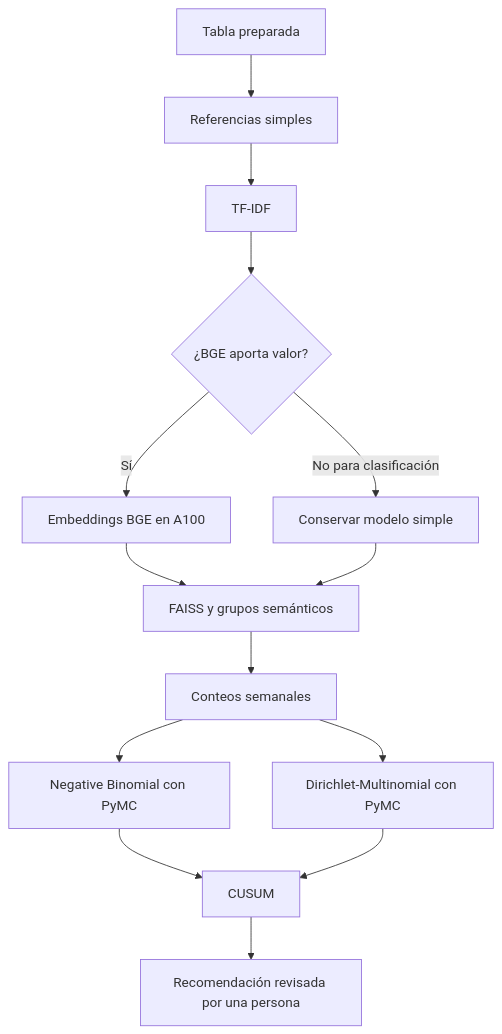
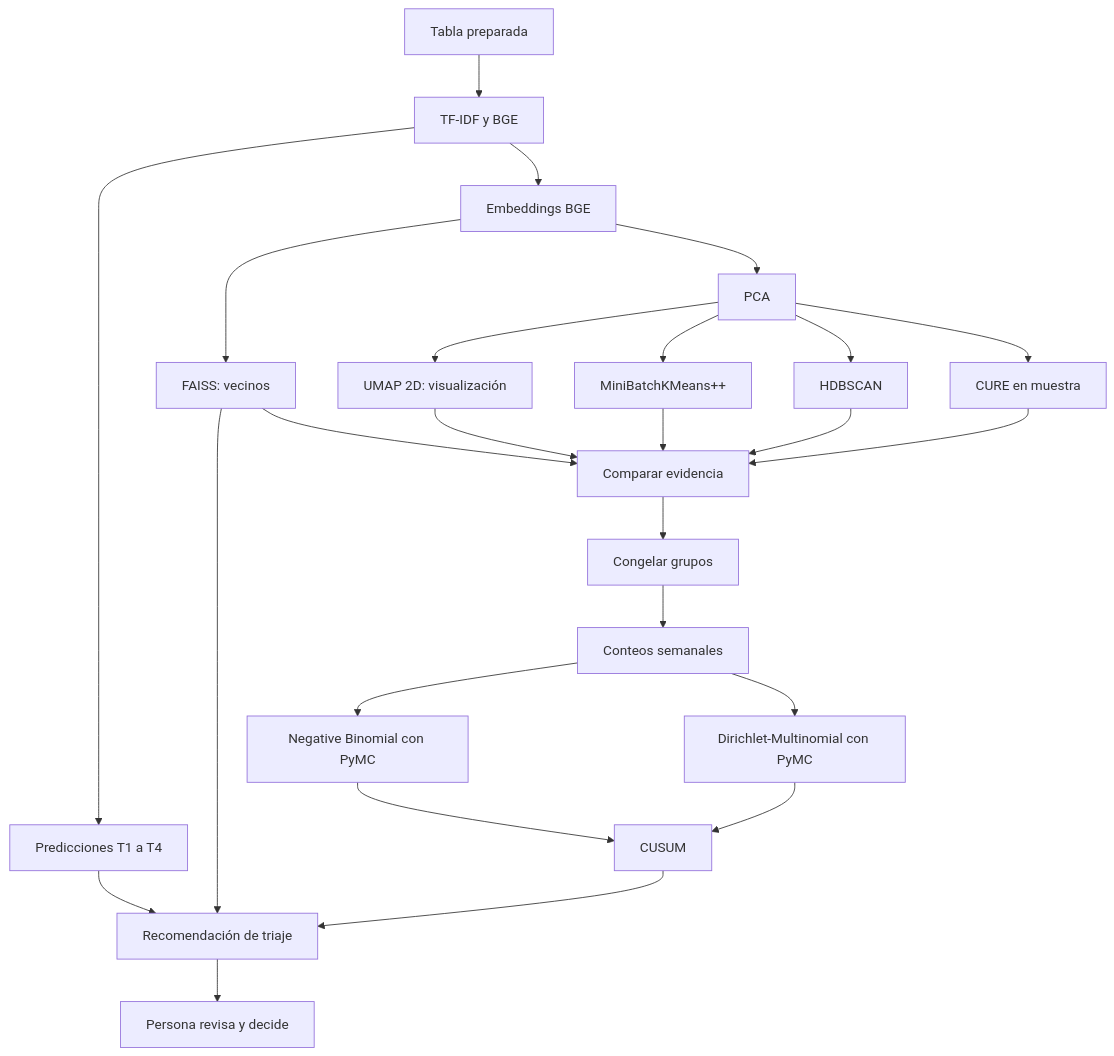
Before and after one commit to Codenid/capstone-claims-triage: the diagram in README.md, drawn with Mermaid. The commit also changed other lines of this file and 8 other files, not shown here.

````diff
--- a/README.md
+++ b/README.md
@@ -277,16 +351,31 @@
 ```mermaid
 flowchart TD
-    A[Tabla preparada] --> B[Referencias simples]
-    B --> C[TF-IDF]
-    C --> D{¿BGE aporta valor?}
-    D -->|Sí| E[Embeddings BGE en A100]
-    D -->|No para clasificación| F[Conservar modelo simple]
-    E --> G[FAISS y grupos semánticos]
-    F --> G
-    G --> H[Conteos semanales]
-    H --> I[Negative Binomial con PyMC]
-    H --> J[Dirichlet-Multinomial con PyMC]
-    I --> K[CUSUM]
+    A[Tabla preparada] --> B[TF-IDF y BGE]
+    B --> C[Predicciones T1 a T4]
+    B --> D[Embeddings BGE]
+
+    D --> E[FAISS: vecinos]
+    D --> F[PCA]
+    F --> G[UMAP 2D: visualización]
+    F --> H[MiniBatchKMeans++]
+    F --> I[HDBSCAN]
+    F --> J[CURE en muestra]
+
+    E --> K[Comparar evidencia]
+    G --> K
+    H --> K
+    I --> K
     J --> K
-    K --> L[Recomendación revisada por una persona]
+
+    K --> L[Congelar grupos]
+    L --> M[Conteos semanales]
+    M --> N[Negative Binomial con PyMC]
+    M --> O[Dirichlet-Multinomial con PyMC]
+    N --> P[CUSUM]
+    O --> P
+
+    C --> Q[Recomendación de triaje]
+    E --> Q
+    P --> Q
+    Q --> R[Persona revisa y decide]
 ```
````
